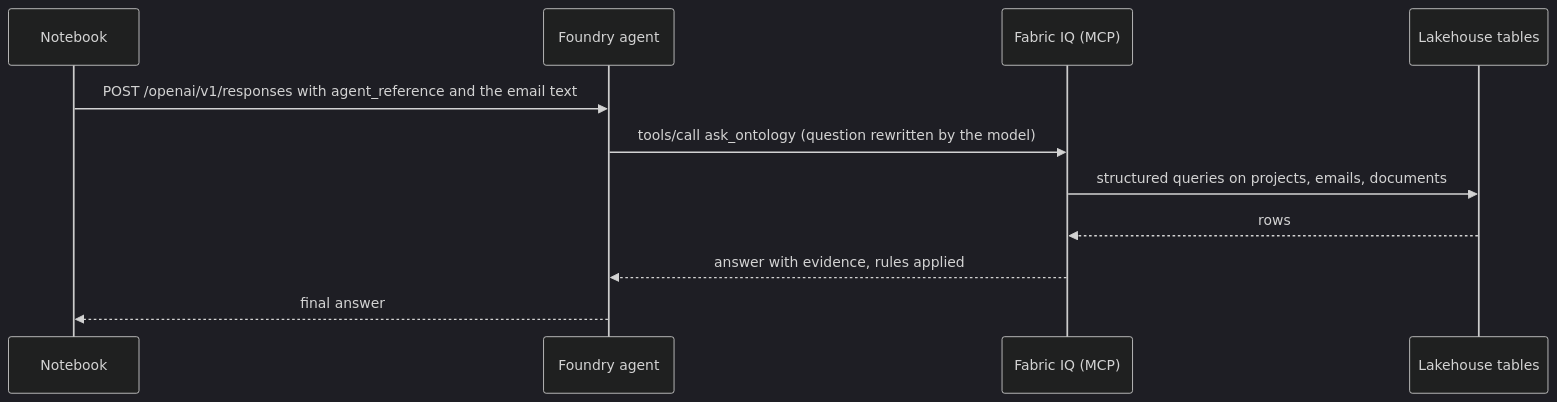
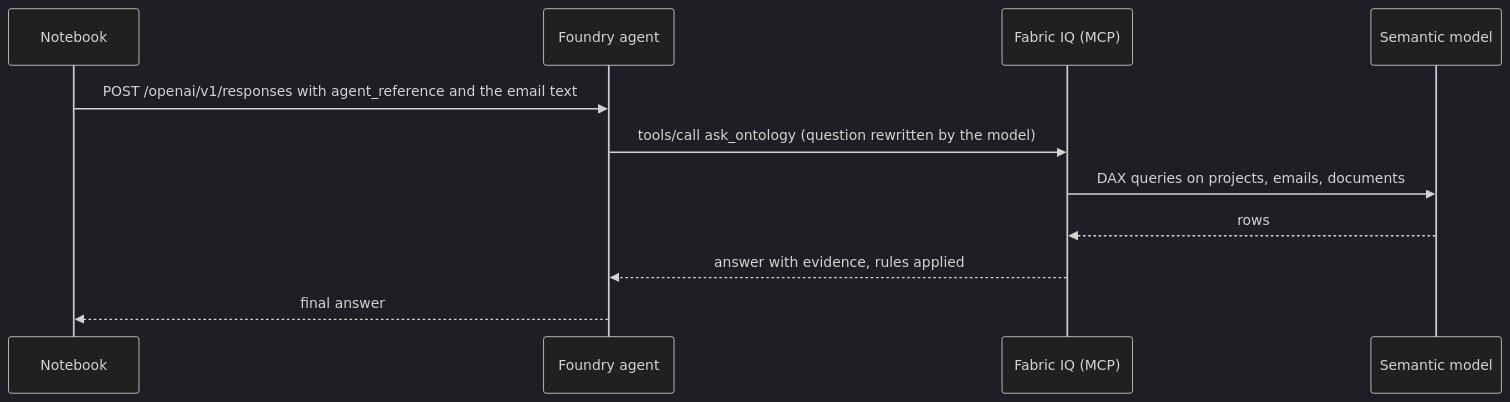
One commit to cpinotossi/cptdazagentprojectmanagment changed the third of 3 diagrams in docs/how-it-works.md. Above: the diagram before and after it, drawn with Mermaid (dark theme). The commit also changed other lines of this file and 20 other files, not shown here.

First line of the commit message:
feat(scripts): bind the ontology to a semantic model for exact numbers

````diff
--- a/docs/how-it-works.md
+++ b/docs/how-it-works.md
@@ -242,13 +260,13 @@
 ```mermaid
 sequenceDiagram
     participant N as Notebook
     participant F as Foundry agent
     participant M as Fabric IQ (MCP)
-    participant L as Lakehouse tables
+    participant L as Semantic model
     N->>F: POST /openai/v1/responses with agent_reference and the email text
     F->>M: tools/call ask_ontology (question rewritten by the model)
-    M->>L: structured queries on projects, emails, documents
+    M->>L: DAX queries on projects, emails, documents
     L-->>M: rows
     M-->>F: answer with evidence, rules applied
     F-->>N: final answer
 ```
````
